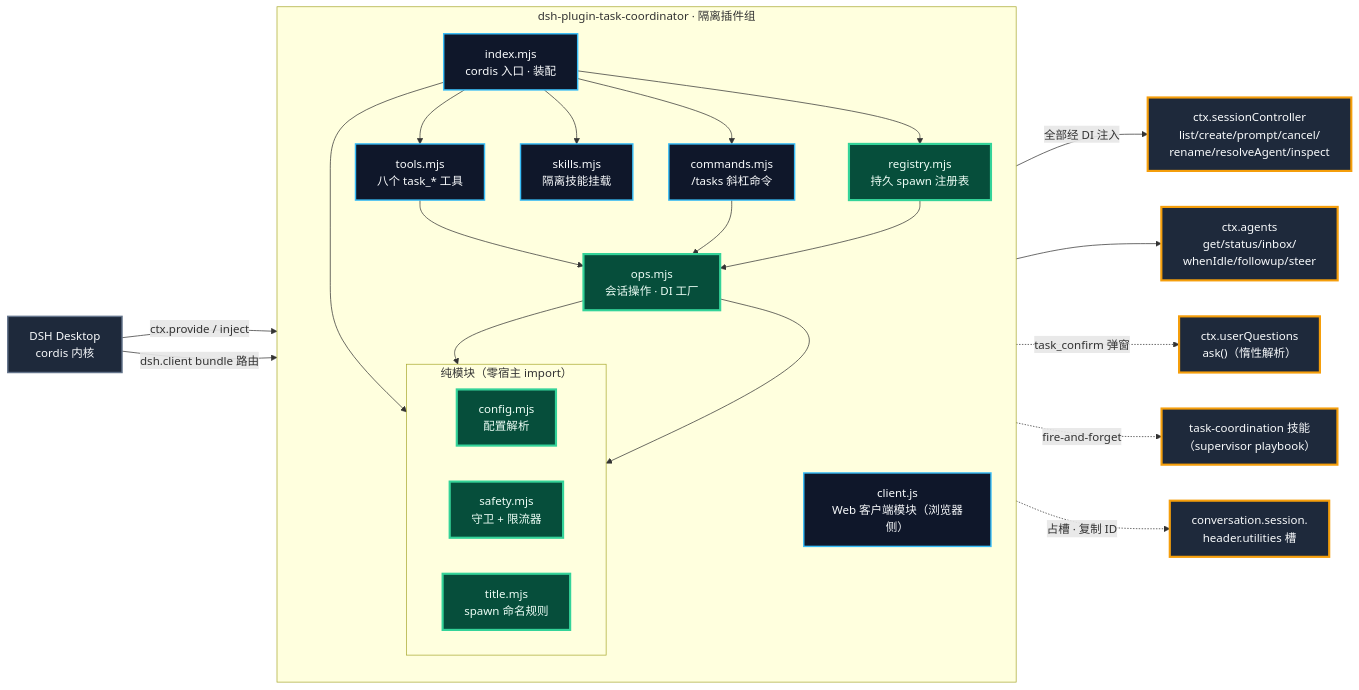
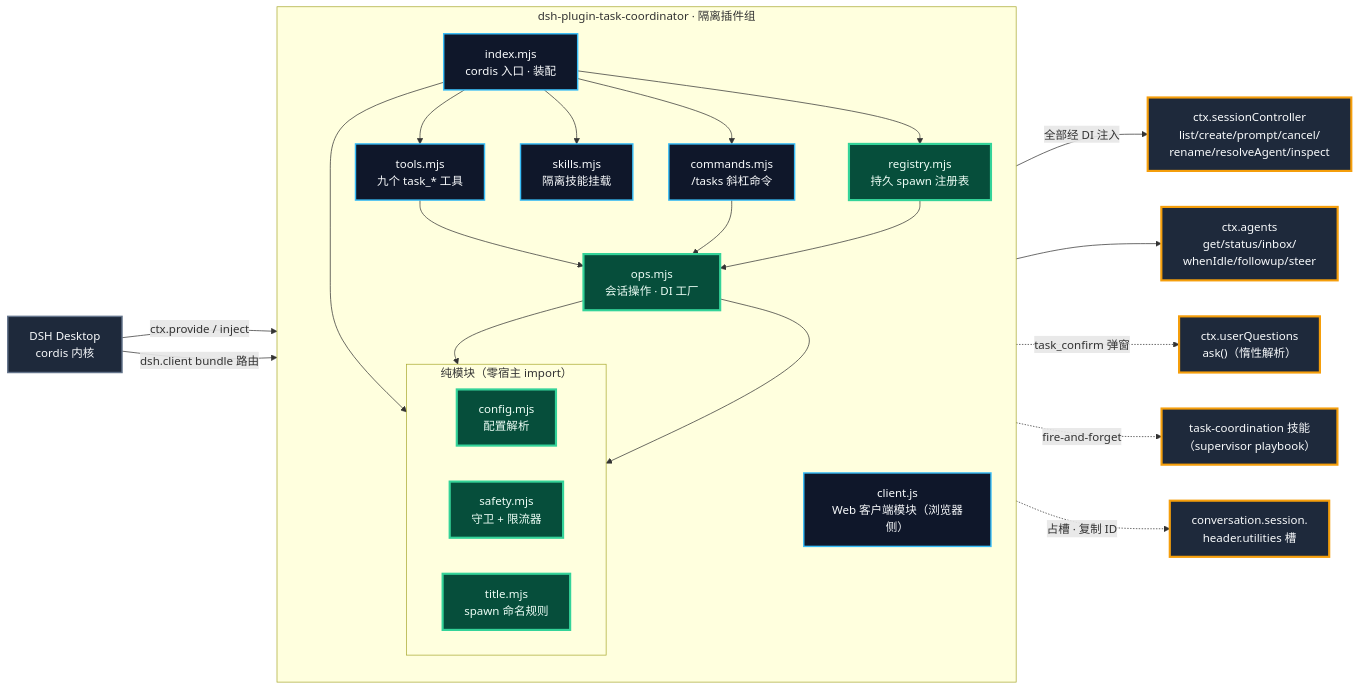
One commit to Kayungko/dsh-plugin-task-coordinator changed the diagram in docs/ARCHITECTURE.md. Above: the diagram before and after it, drawn with Mermaid. The commit also changed other lines of this file and 11 other files, not shown here.

````diff
--- a/docs/ARCHITECTURE.md
+++ b/docs/ARCHITECTURE.md
@@ -15,54 +15,54 @@
 ```mermaid
 flowchart LR
     host["DSH Desktop<br/>cordis 内核"]
 
     subgraph plugin["dsh-plugin-task-coordinator · 隔离插件组"]
         direction TB
         index["index.mjs<br/>cordis 入口 · 装配"]
-        tools["tools.mjs<br/>八个 task_* 工具"]
+        tools["tools.mjs<br/>九个 task_* 工具"]
         commands["commands.mjs<br/>/tasks 斜杠命令"]
         ops["ops.mjs<br/>会话操作 · DI 工厂"]
         skills["skills.mjs<br/>隔离技能挂载"]
         registry["registry.mjs<br/>持久 spawn 注册表"]
         client["client.js<br/>Web 客户端模块（浏览器侧）"]
 
         subgraph pure["纯模块（零宿主 import）"]
             direction LR
             config["config.mjs<br/>配置解析"]
             safety["safety.mjs<br/>守卫 + 限流器"]
             title["title.mjs<br/>spawn 命名规则"]
         end
 
         index --> tools --> ops
         index --> commands --> ops
         index --> skills
         index --> config
         index --> registry --> ops
         ops --> safety
         ops --> title
     end
 
     sc["ctx.sessionController<br/>list/create/prompt/cancel/<br/>rename/resolveAgent/inspect"]
     agents["ctx.agents<br/>get/status/inbox/<br/>whenIdle/followup/steer"]
     uq["ctx.userQuestions<br/>ask()（惰性解析）"]
     skill["task-coordination 技能<br/>（supervisor playbook）"]
     slot["conversation.session.<br/>header.utilities 槽"]
 
     host -->|"ctx.provide / inject"| index
     host -->|"dsh.client bundle 路由"| client
     ops -->|"全部经 DI 注入"| sc
     ops --> agents
     ops -.->|"task_confirm 弹窗"| uq
     skills -.->|"fire-and-forget"| skill
     client -.->|"占槽 · 复制 ID"| slot
 
     classDef host fill:#1E293B,stroke:#64748B,color:#F8FAFC,stroke-width:2px;
     classDef wiring fill:#0F172A,stroke:#38BDF8,color:#F8FAFC,stroke-width:2px;
     classDef core fill:#064E3B,stroke:#34D399,color:#ECFDF5,stroke-width:3px;
     classDef target fill:#1E293B,stroke:#F59E0B,color:#F8FAFC,stroke-width:3px;
 
     class host host;
     class index,tools,commands,skills,client wiring;
     class ops,config,safety,title,registry core;
     class sc,agents,uq,skill,slot target;
 ```
````
